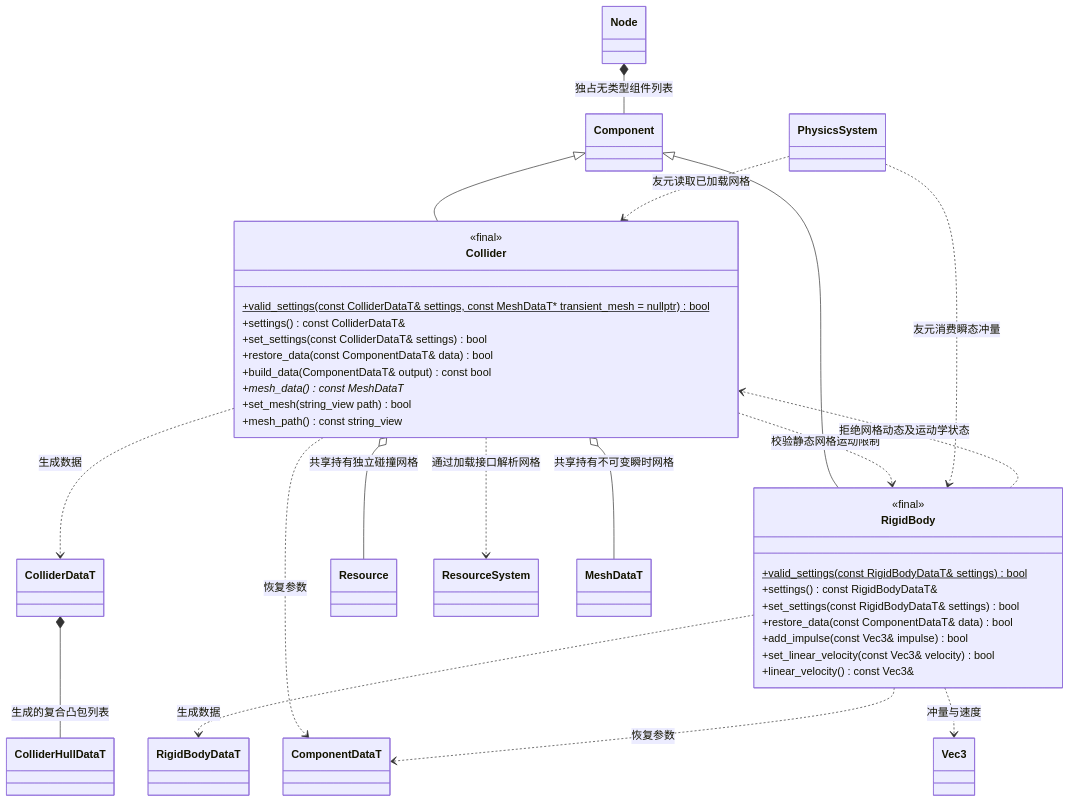
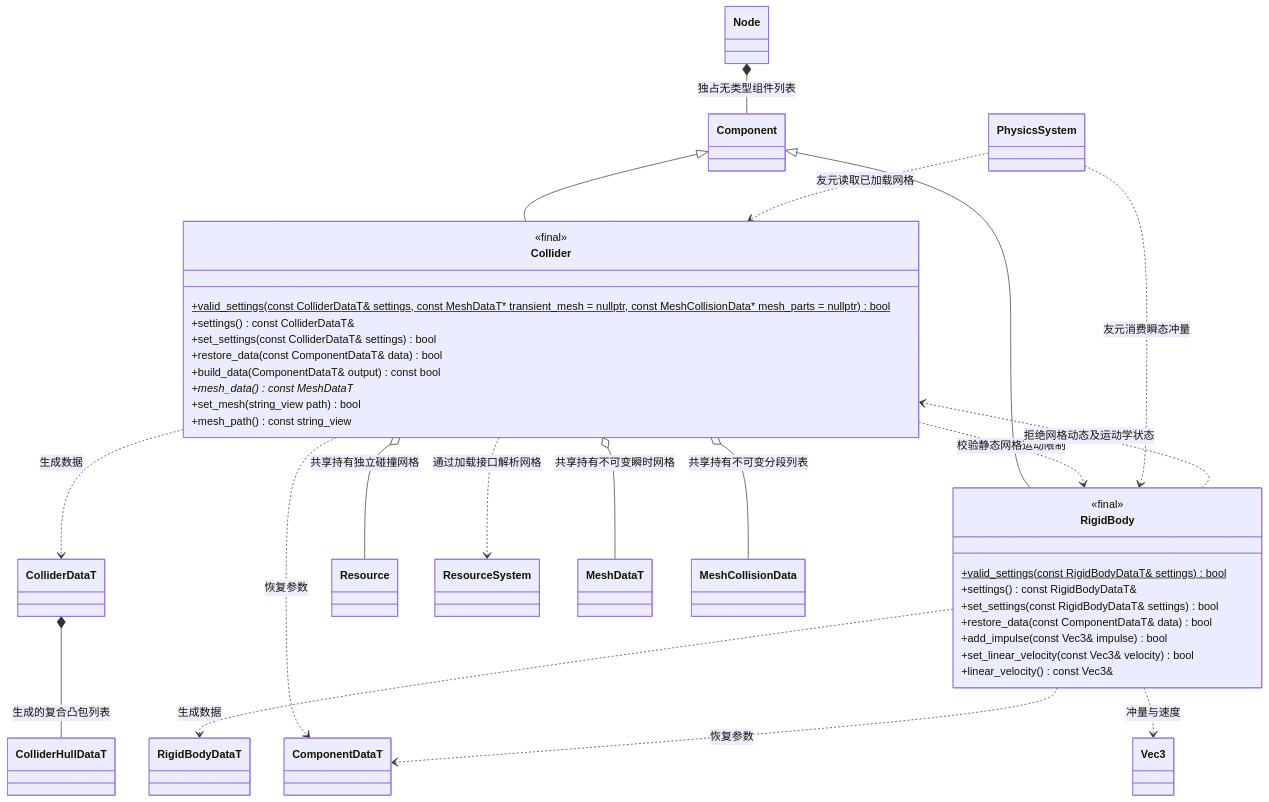
One commit to lcals/Engine changed the diagram in docs/runtime/class-diagrams/physics-components.md. Above: the diagram before and after it, drawn with Mermaid. The commit also changed other lines of this file and 82 other files, not shown here.

````diff
--- a/docs/runtime/class-diagrams/physics-components.md
+++ b/docs/runtime/class-diagrams/physics-components.md
@@ -7,51 +7,53 @@
 ```mermaid
 classDiagram
     class Collider {
         <<final>>
-        +valid_settings(const ColliderDataT& settings, const MeshDataT* transient_mesh = nullptr) bool$
+        +valid_settings(const ColliderDataT& settings, const MeshDataT* transient_mesh = nullptr, const MeshCollisionData* mesh_parts = nullptr) bool$
         +settings() const ColliderDataT&
         +set_settings(const ColliderDataT& settings) bool
         +restore_data(const ComponentDataT& data) bool
         +build_data(ComponentDataT& output) const bool
         +mesh_data() const MeshDataT*
         +set_mesh(string_view path) bool
         +mesh_path() const string_view
     }
     class RigidBody {
         <<final>>
         +valid_settings(const RigidBodyDataT& settings) bool$
         +settings() const RigidBodyDataT&
         +set_settings(const RigidBodyDataT& settings) bool
         +restore_data(const ComponentDataT& data) bool
         +add_impulse(const Vec3& impulse) bool
         +set_linear_velocity(const Vec3& velocity) bool
         +linear_velocity() const Vec3&
     }
     class Component
     class Node
     class PhysicsSystem
     class ColliderDataT
     class ColliderHullDataT
     class RigidBodyDataT
     class ComponentDataT
     class Vec3
     class Resource
     class ResourceSystem
     class MeshDataT
+    class MeshCollisionData
     Component <|-- Collider
     Component <|-- RigidBody
     Node *-- Component : 独占无类型组件列表
     Collider ..> ColliderDataT : 生成数据
     ColliderDataT *-- ColliderHullDataT : 生成的复合凸包列表
     Collider o-- Resource : 共享持有独立碰撞网格
     Collider o-- MeshDataT : 共享持有不可变瞬时网格
+    Collider o-- MeshCollisionData : 共享持有不可变分段列表
     Collider ..> ResourceSystem : 通过加载接口解析网格
     RigidBody ..> RigidBodyDataT : 生成数据
     Collider ..> RigidBody : 校验静态网格运动限制
     RigidBody ..> Collider : 拒绝网格动态及运动学状态
     Collider ..> ComponentDataT : 恢复参数
     RigidBody ..> ComponentDataT : 恢复参数
     RigidBody ..> Vec3 : 冲量与速度
     PhysicsSystem ..> RigidBody : 友元消费瞬态冲量
     PhysicsSystem ..> Collider : 友元读取已加载网格
 ```
````
